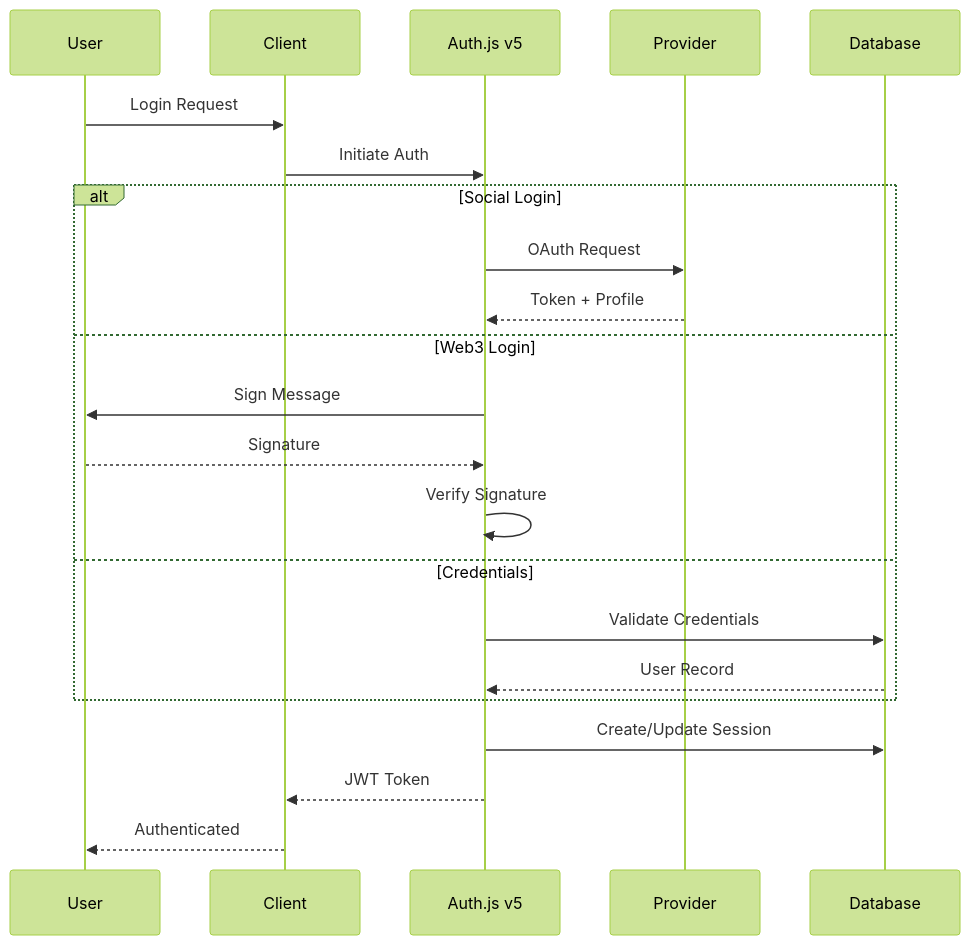
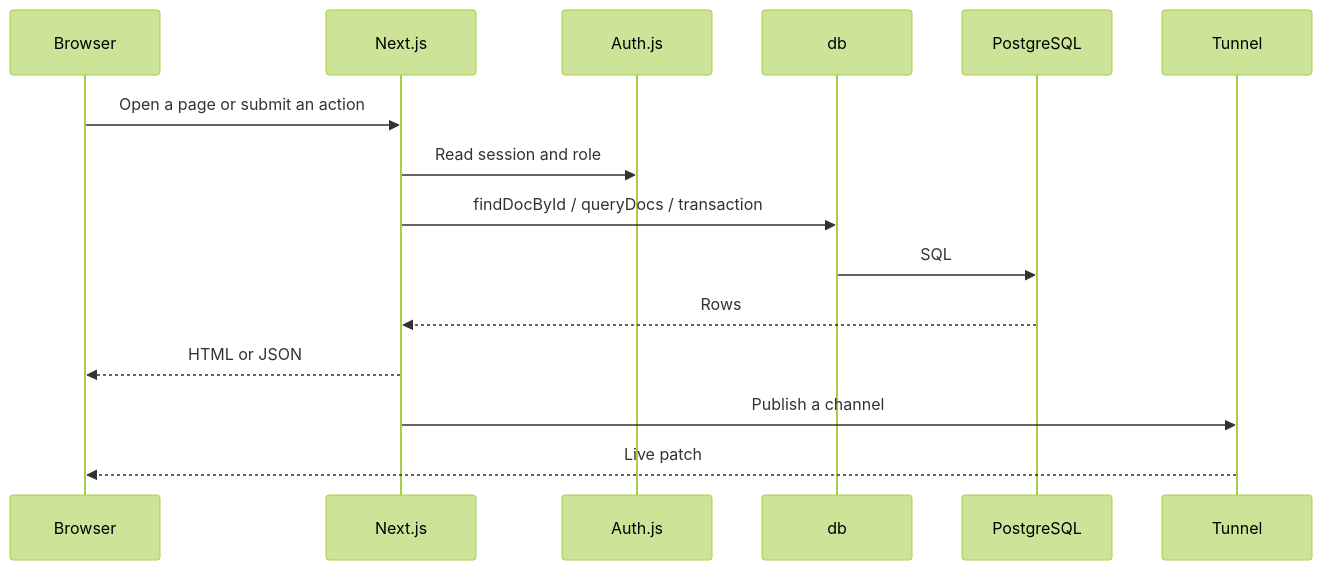
One commit to connectplatform/ring changed the third of 4 diagrams in web/README.md. Above: the diagram before and after it, drawn with Mermaid (forest theme). The commit also changed other lines of this file and 2 other files, not shown here.

Commit message:
docs(oss): split root purpose from web app README [github-oss strip .forgejo]

````diff
--- a/web/README.md
+++ b/web/README.md
@@ -433,27 +125,18 @@
 ```mermaid
 sequenceDiagram
-    participant U as User
-    participant C as Client
-    participant A as Auth.js v5
-    participant P as Provider
-    participant DB as Database
-    
-    U->>C: Login Request
-    C->>A: Initiate Auth
-    
-    alt Social Login
-        A->>P: OAuth Request
-        P-->>A: Token + Profile
-    else Web3 Login
-        A->>U: Sign Message
-        U-->>A: Signature
-        A->>A: Verify Signature
-    else Credentials
-        A->>DB: Validate Credentials
-        DB-->>A: User Record
-    end
-    
-    A->>DB: Create/Update Session
-    A-->>C: JWT Token
-    C-->>U: Authenticated
+  participant B as Browser
+  participant N as Next.js
+  participant A as Auth.js
+  participant D as db
+  participant P as PostgreSQL
+  participant T as Tunnel
+
+  B->>N: Open a page or submit an action
+  N->>A: Read session and role
+  N->>D: findDocById / queryDocs / transaction
+  D->>P: SQL
+  P-->>N: Rows
+  N-->>B: HTML or JSON
+  N->>T: Publish a channel
+  T-->>B: Live patch
 ```
````
